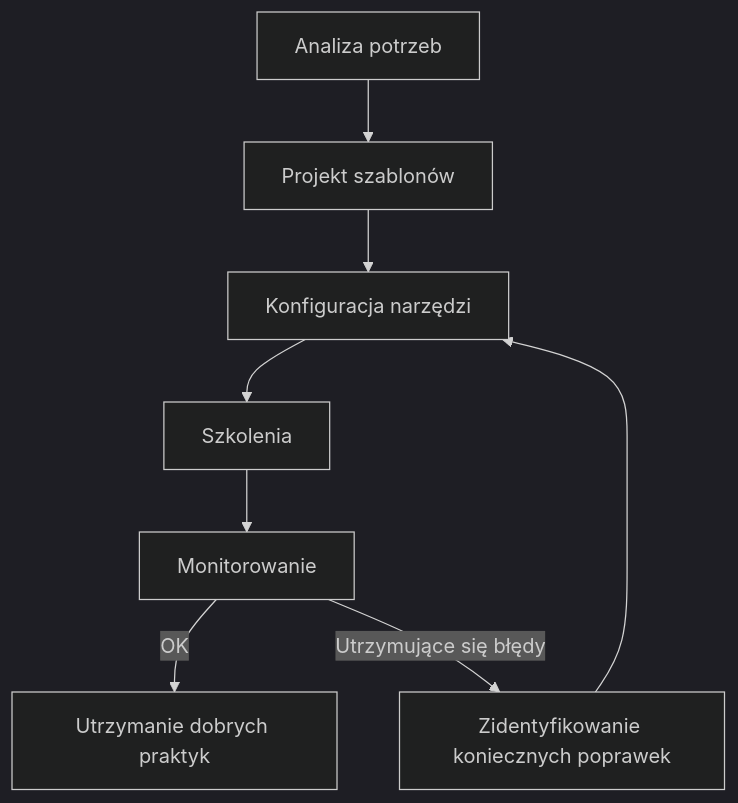
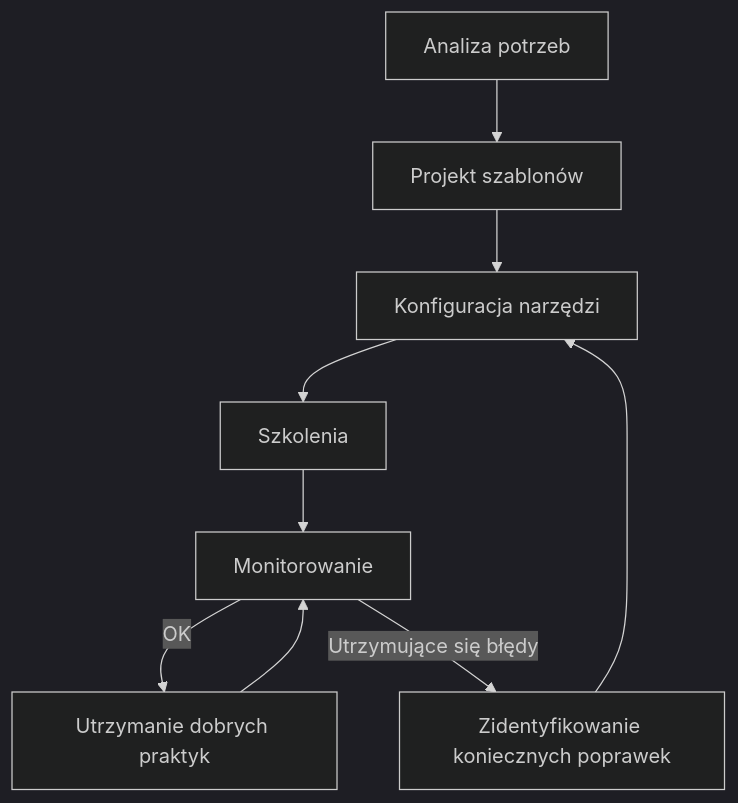
One commit to Siec-Dostepnosci-Cyfrowej/sdc changed the diagram in documentation/docs/komunikacja/konfiguracja-aplikacji/konfiguracja-aplikacji.md. Above: the diagram before and after it, drawn with Mermaid (dark theme). The commit also changed other lines of this file, not shown here.

````diff
--- a/documentation/docs/komunikacja/konfiguracja-aplikacji/konfiguracja-aplikacji.md
+++ b/documentation/docs/komunikacja/konfiguracja-aplikacji/konfiguracja-aplikacji.md
@@ -122,12 +122,11 @@
 ```mermaid
 flowchart TD
     A[Analiza potrzeb] --> B[Projekt szablonów]
     B --> C[Konfiguracja narzędzi]
     C --> D[Szkolenia]
     D --> E[Monitorowanie]
     E -->|OK| F[Utrzymanie dobrych praktyk]
+    F --> E[Monitorowanie]
     E -->|Utrzymujące się błędy| G[Zidentyfikowanie koniecznych poprawek]
     G --> C[Konfiguracja narzędzi]
-
-
 ```
````
